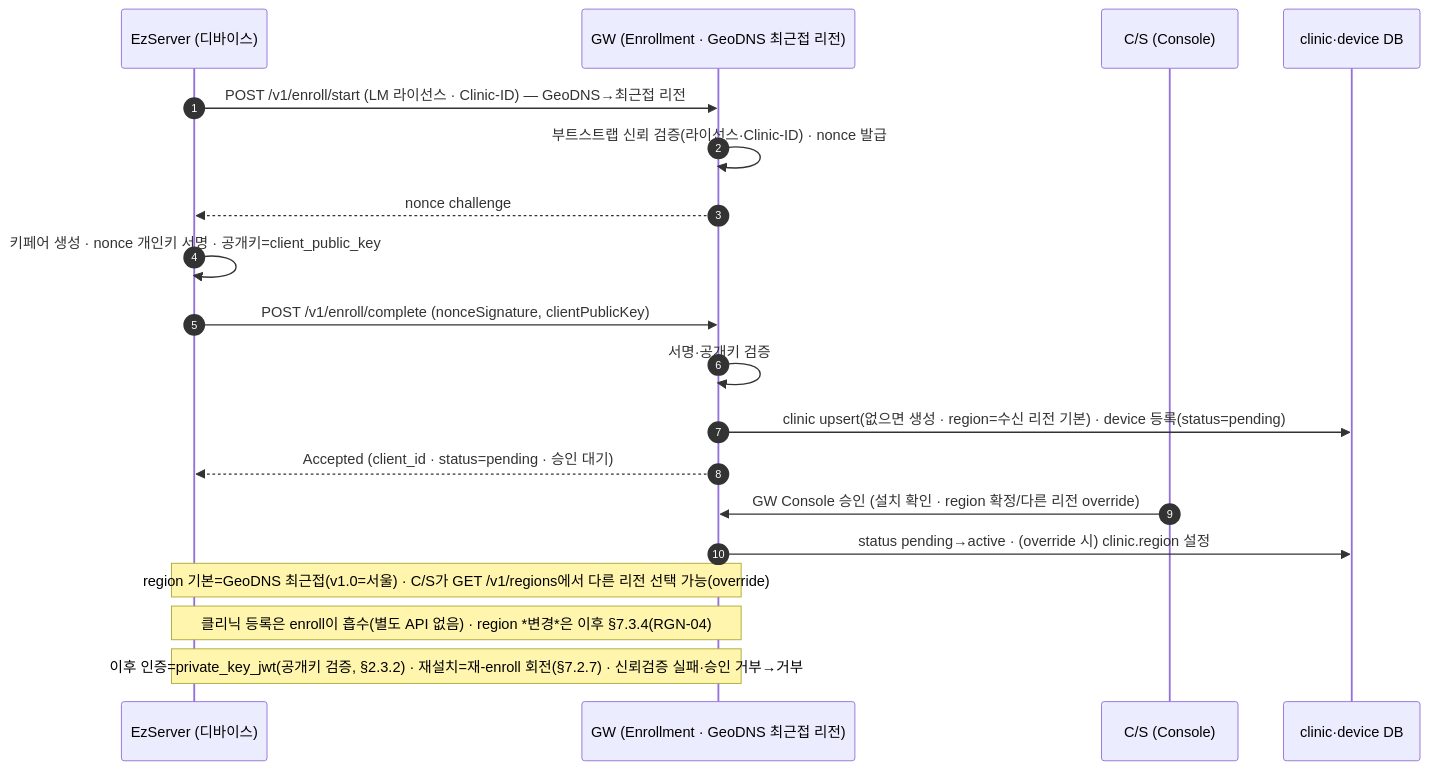
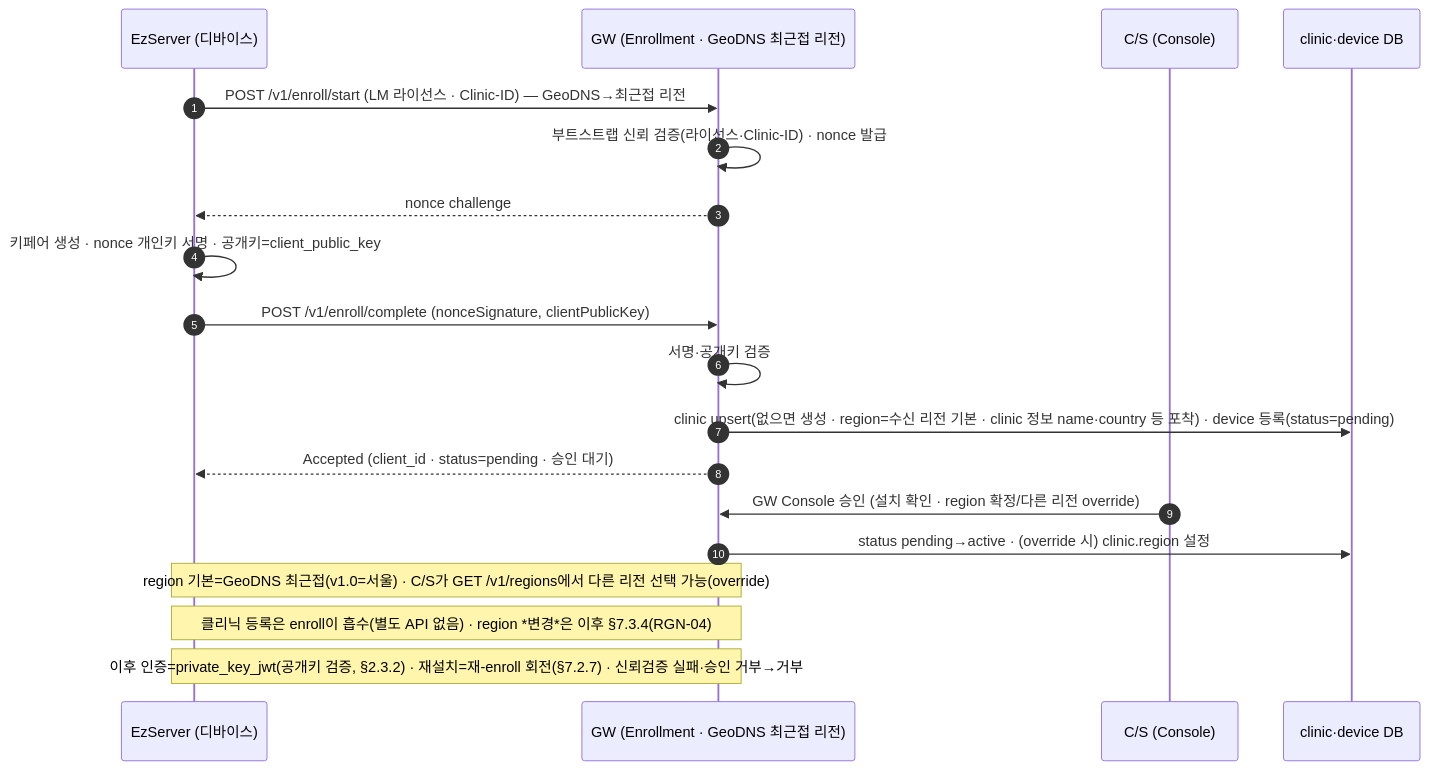
One commit to gracegyu/scp-architecture changed the eighth of 21 diagrams in docs/VT_API_Gateway/08.VT_API_Gateway/specs/03-srs-gateway/SRS.md. Above: the diagram before and after it, drawn with Mermaid. The commit also changed other lines of this file and 3 other files, not shown here.

````diff
--- a/docs/VT_API_Gateway/08.VT_API_Gateway/specs/03-srs-gateway/SRS.md
+++ b/docs/VT_API_Gateway/08.VT_API_Gateway/specs/03-srs-gateway/SRS.md
@@ -558,21 +558,21 @@
 ```mermaid
 sequenceDiagram
     autonumber
     participant D as EzServer (디바이스)
     participant GW as GW (Enrollment · GeoDNS 최근접 리전)
     participant CS as C/S (Console)
     participant DB as clinic·device DB
     D->>GW: POST /v1/enroll/start (LM 라이선스 · Clinic-ID) — GeoDNS→최근접 리전
     GW->>GW: 부트스트랩 신뢰 검증(라이선스·Clinic-ID) · nonce 발급
     GW-->>D: nonce challenge
     D->>D: 키페어 생성 · nonce 개인키 서명 · 공개키=client_public_key
     D->>GW: POST /v1/enroll/complete (nonceSignature, clientPublicKey)
     GW->>GW: 서명·공개키 검증
-    GW->>DB: clinic upsert(없으면 생성 · region=수신 리전 기본) · device 등록(status=pending)
+    GW->>DB: clinic upsert(없으면 생성 · region=수신 리전 기본 · clinic 정보 name·country 등 포착) · device 등록(status=pending)
     GW-->>D: Accepted (client_id · status=pending · 승인 대기)
     CS->>GW: GW Console 승인 (설치 확인 · region 확정/다른 리전 override)
     GW->>DB: status pending→active · (override 시) clinic.region 설정
     Note over D,GW: region 기본=GeoDNS 최근접(v1.0=서울) · C/S가 GET /v1/regions에서 다른 리전 선택 가능(override)
     Note over D,GW: 클리닉 등록은 enroll이 흡수(별도 API 없음) · region *변경*은 이후 §7.3.4(RGN-04)
     Note over D,GW: 이후 인증=private_key_jwt(공개키 검증, §2.3.2) · 재설치=재-enroll 회전(§7.2.7) · 신뢰검증 실패·승인 거부→거부
 ```
````
